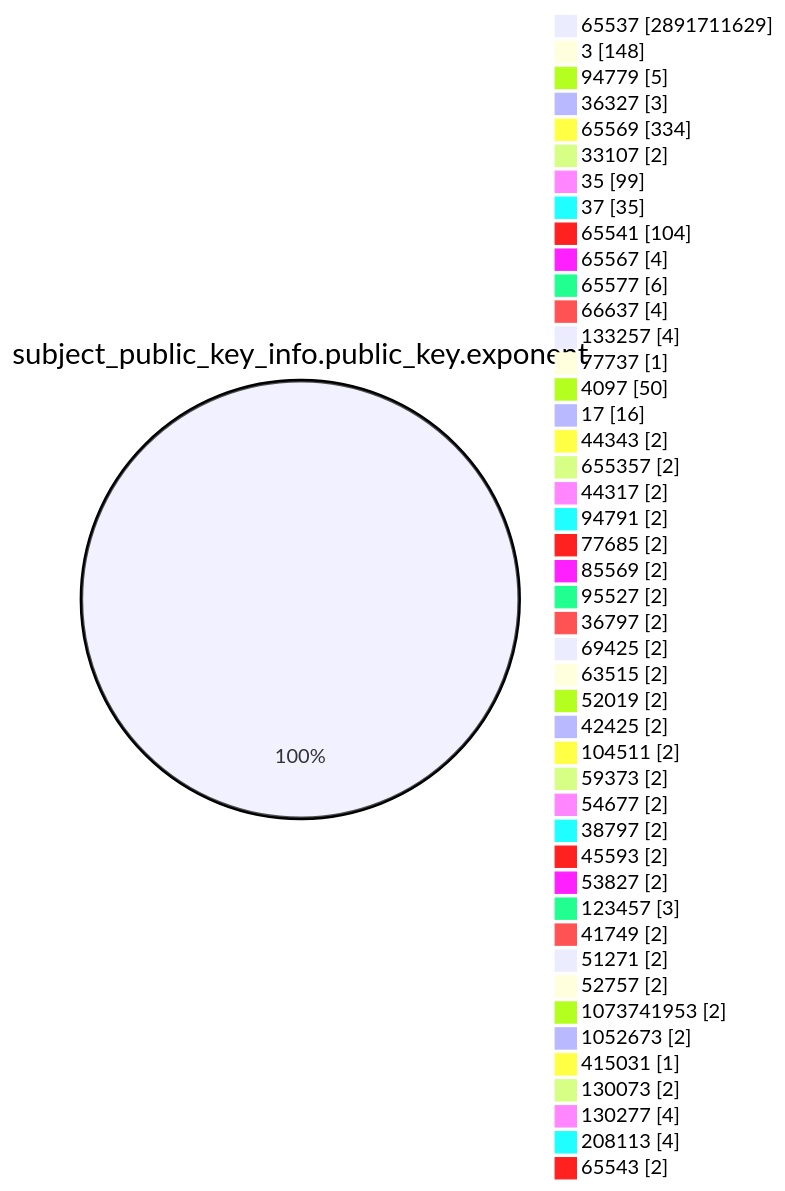
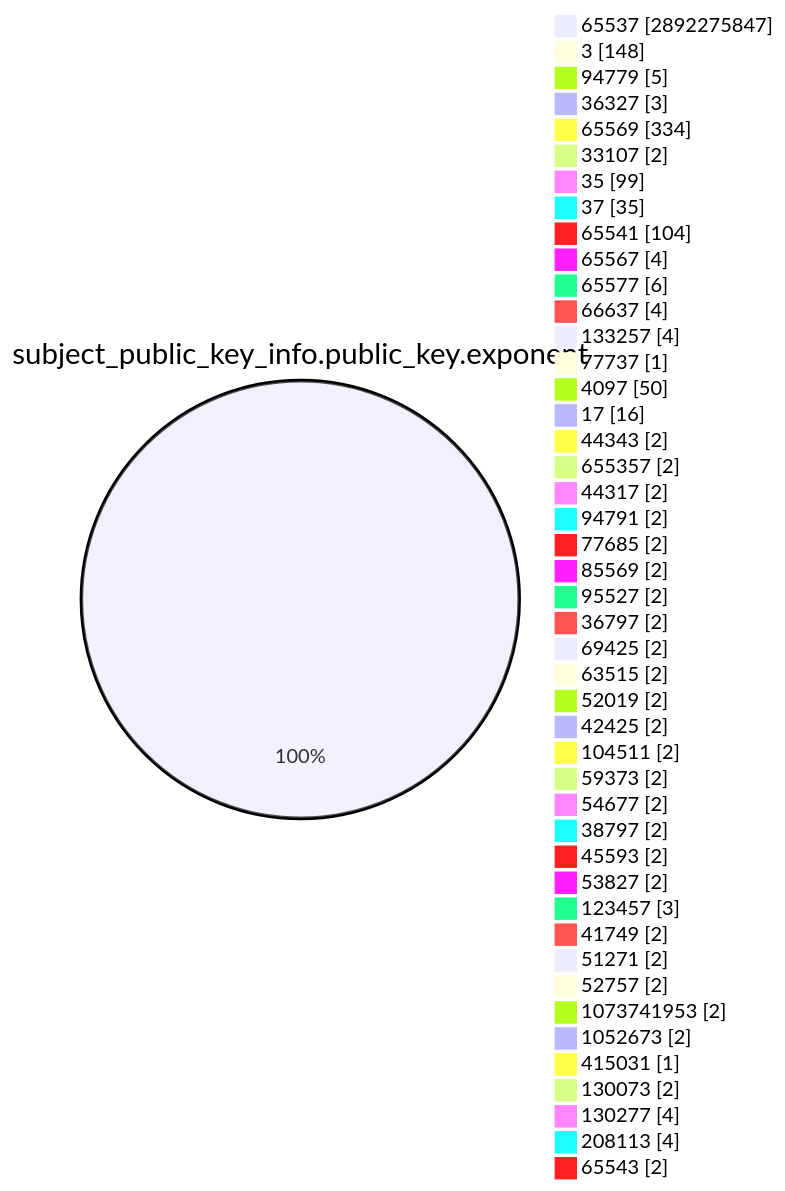
Before and after one commit to christiankrug/ctmonitor_visualization: the fourth of 15 diagrams in TOTAL/README.md, drawn with Mermaid. The commit also changed other lines of this file, not shown here.

````diff
--- a/TOTAL/README.md
+++ b/TOTAL/README.md
@@ -1468,49 +1468,49 @@
 ```mermaid
 pie showData
 title subject_public_key_info.public_key.exponent
-"65537" :2891711629
+"65537" :2892275847
 "3" :148
 "94779" :5
 "36327" :3
 "65569" :334
 "33107" :2
 "35" :99
 "37" :35
 "65541" :104
 "65567" :4
 "65577" :6
 "66637" :4
 "133257" :4
 "77737" :1
 "4097" :50
 "17" :16
 "44343" :2
 "655357" :2
 "44317" :2
 "94791" :2
 "77685" :2
 "85569" :2
 "95527" :2
 "36797" :2
 "69425" :2
 "63515" :2
 "52019" :2
 "42425" :2
 "104511" :2
 "59373" :2
 "54677" :2
 "38797" :2
 "45593" :2
 "53827" :2
 "123457" :3
 "41749" :2
 "51271" :2
 "52757" :2
 "1073741953" :2
 "1052673" :2
 "415031" :1
 "130073" :2
 "130277" :4
 "208113" :4
 "65543" :2
 ```
````
